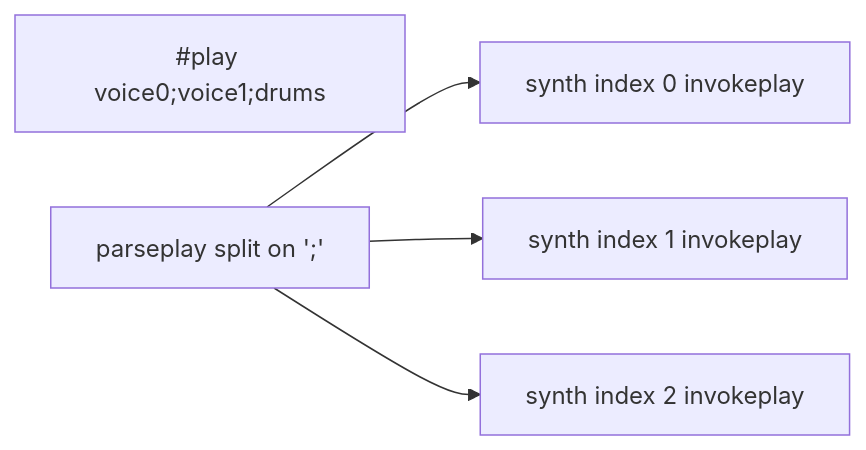
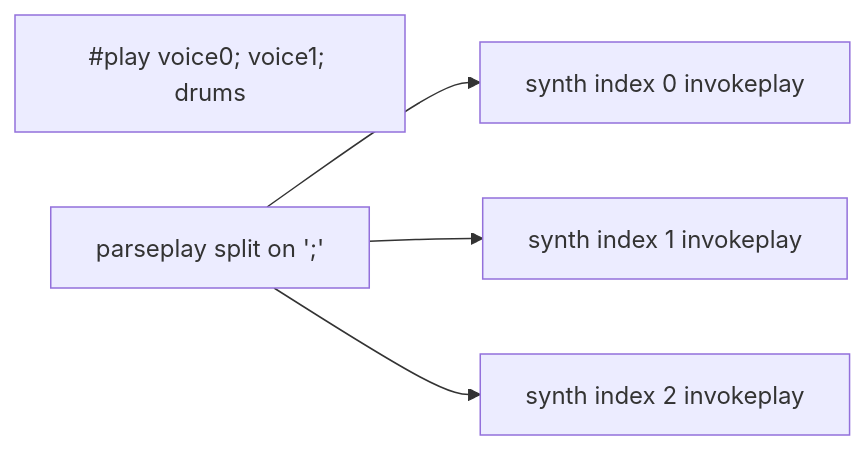
Before and after one commit to goldbuick/zed-software-system: the third of 3 diagrams in zss/feature/parse/docs/midi-import.md, drawn with Mermaid. The commit also changed other lines of this file and 4 other files, not shown here.

````diff
--- a/zss/feature/parse/docs/midi-import.md
+++ b/zss/feature/parse/docs/midi-import.md
@@ -122,11 +122,11 @@
 ```mermaid
 flowchart LR
-  Line["#play voice0;voice1;drums"]
+  Line["#play voice0; voice1; drums"]
   Split[parseplay split on ';']
   V0[synth index 0 invokeplay]
   V1[synth index 1 invokeplay]
   V2[synth index 2 invokeplay]
   Split --> V0
   Split --> V1
   Split --> V2
 ```
````
